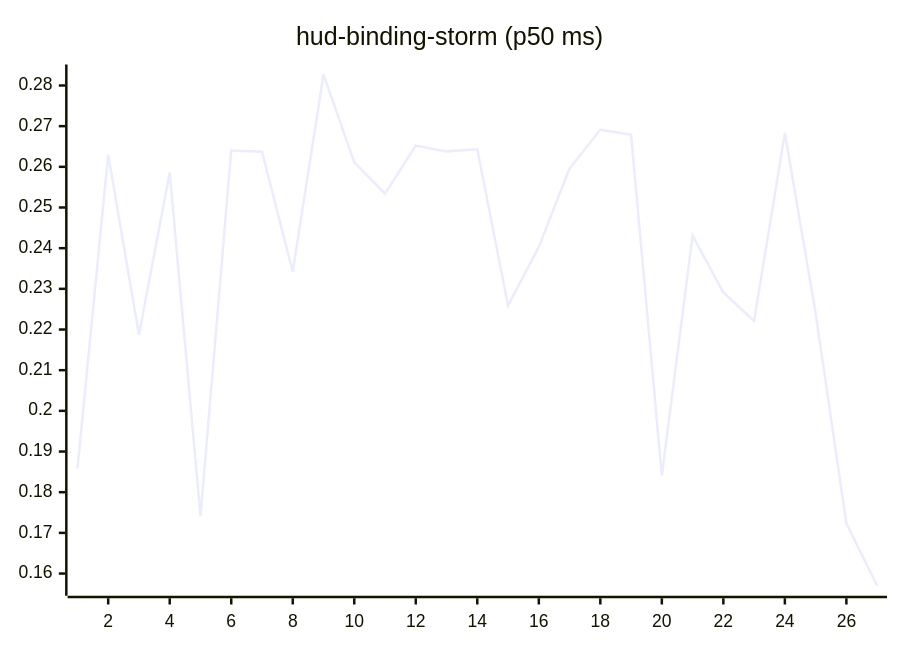
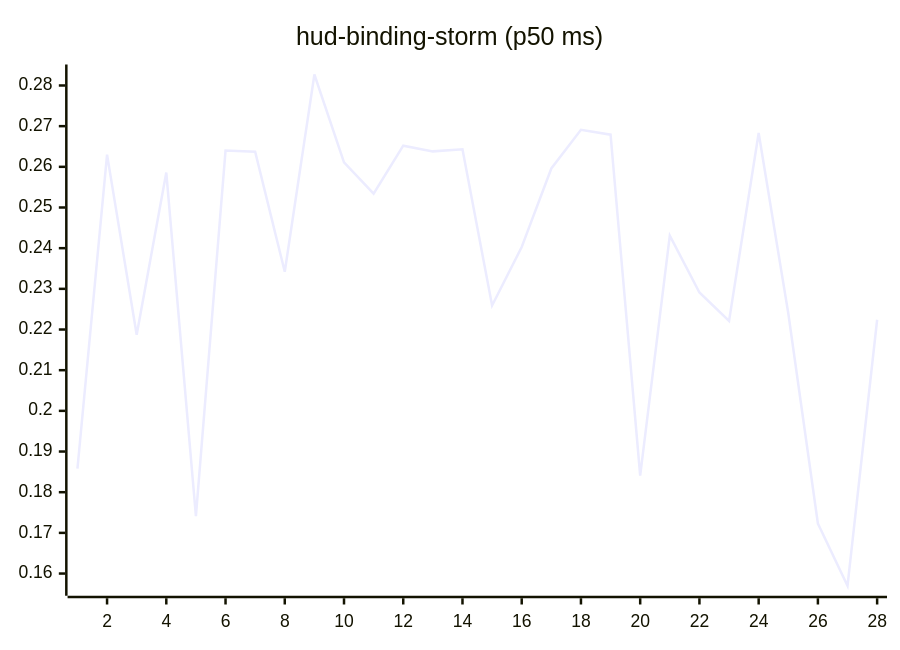
Before and after one commit to josha/Facet: the tenth of 27 diagrams in README.md, drawn with Mermaid. The commit also changed other lines of this file and 2 other files, not shown here.

````diff
--- a/README.md
+++ b/README.md
@@ -126,6 +126,6 @@
 ```mermaid
 xychart-beta
     title "hud-binding-storm (p50 ms)"
-    x-axis 1 --> 27
-    line [0.1858, 0.2630, 0.2187, 0.2586, 0.1741, 0.2640, 0.2637, 0.2342, 0.2827, 0.2611, 0.2534, 0.2652, 0.2638, 0.2643, 0.2259, 0.2403, 0.2596, 0.2691, 0.2679, 0.1841, 0.2431, 0.2291, 0.2221, 0.2683, 0.2240, 0.1723, 0.1570]
+    x-axis 1 --> 28
+    line [0.1858, 0.2630, 0.2187, 0.2586, 0.1741, 0.2640, 0.2637, 0.2342, 0.2827, 0.2611, 0.2534, 0.2652, 0.2638, 0.2643, 0.2259, 0.2403, 0.2596, 0.2691, 0.2679, 0.1841, 0.2431, 0.2291, 0.2221, 0.2683, 0.2240, 0.1723, 0.1570, 0.2224]
 ```
````
